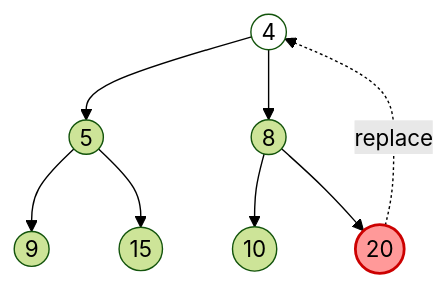
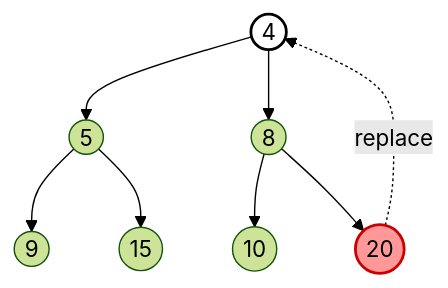
One commit to ruslylove/datastruct changed the eighth of 17 diagrams in lectures/lect-11-Heap.md. Above: the diagram before and after it, drawn with Mermaid (forest theme). The commit also changed other lines of this file and 1 other file, not shown here.

Commit message:
update diagram.

````diff
--- a/lectures/lect-11-Heap.md
+++ b/lectures/lect-11-Heap.md
@@ -304,13 +307,13 @@
 ```mermaid {scale: 0.8}
 graph TD
     
     A((4)) --> B((5))
     A --> C((8))
     B --> D((9))
     B --> E((15))
     C --> F((10))
     C --> G((20))
     G -. replace .-> A
     style G fill:#f99,stroke:#c00,stroke-width:2px
-    style A fill:white
+    style A fill:white,stroke:#000,stroke-width:2px
 ```
````
